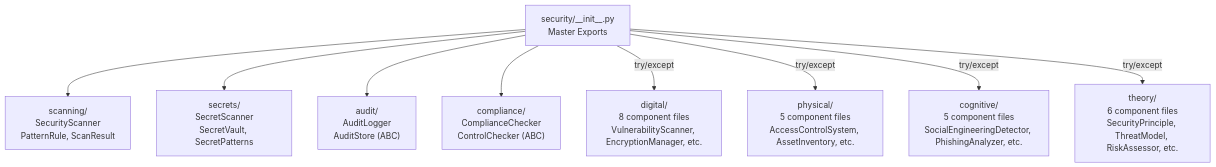
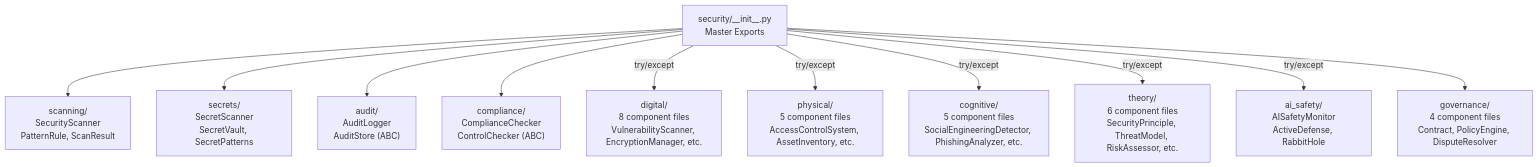
Before and after one commit to docxology/codomyrmex: the first of 2 diagrams in docs/modules/security/technical_overview.md, drawn with Mermaid. The commit also changed other lines of this file and 41 other files, not shown here.

````diff
--- a/docs/modules/security/technical_overview.md
+++ b/docs/modules/security/technical_overview.md
@@ -9,23 +9,27 @@
 ```mermaid
 graph TB
     INIT["security/__init__.py<br/>Master Exports"]
 
     SCAN["scanning/<br/>SecurityScanner<br/>PatternRule, ScanResult"]
     SEC["secrets/<br/>SecretScanner<br/>SecretVault, SecretPatterns"]
     AUD["audit/<br/>AuditLogger<br/>AuditStore (ABC)"]
     COMP["compliance/<br/>ComplianceChecker<br/>ControlChecker (ABC)"]
 
     DIG["digital/<br/>8 component files<br/>VulnerabilityScanner, EncryptionManager, etc."]
     PHY["physical/<br/>5 component files<br/>AccessControlSystem, AssetInventory, etc."]
     COG["cognitive/<br/>5 component files<br/>SocialEngineeringDetector, PhishingAnalyzer, etc."]
     THY["theory/<br/>6 component files<br/>SecurityPrinciple, ThreatModel, RiskAssessor, etc."]
+    AIS["ai_safety/<br/>AISafetyMonitor<br/>ActiveDefense, RabbitHole"]
+    GOV["governance/<br/>4 component files<br/>Contract, PolicyEngine, DisputeResolver"]
 
     INIT --> SCAN
     INIT --> SEC
     INIT --> AUD
     INIT --> COMP
     INIT -->|"try/except"| DIG
     INIT -->|"try/except"| PHY
     INIT -->|"try/except"| COG
     INIT -->|"try/except"| THY
+    INIT -->|"try/except"| AIS
+    INIT --> GOV
 ```
````
